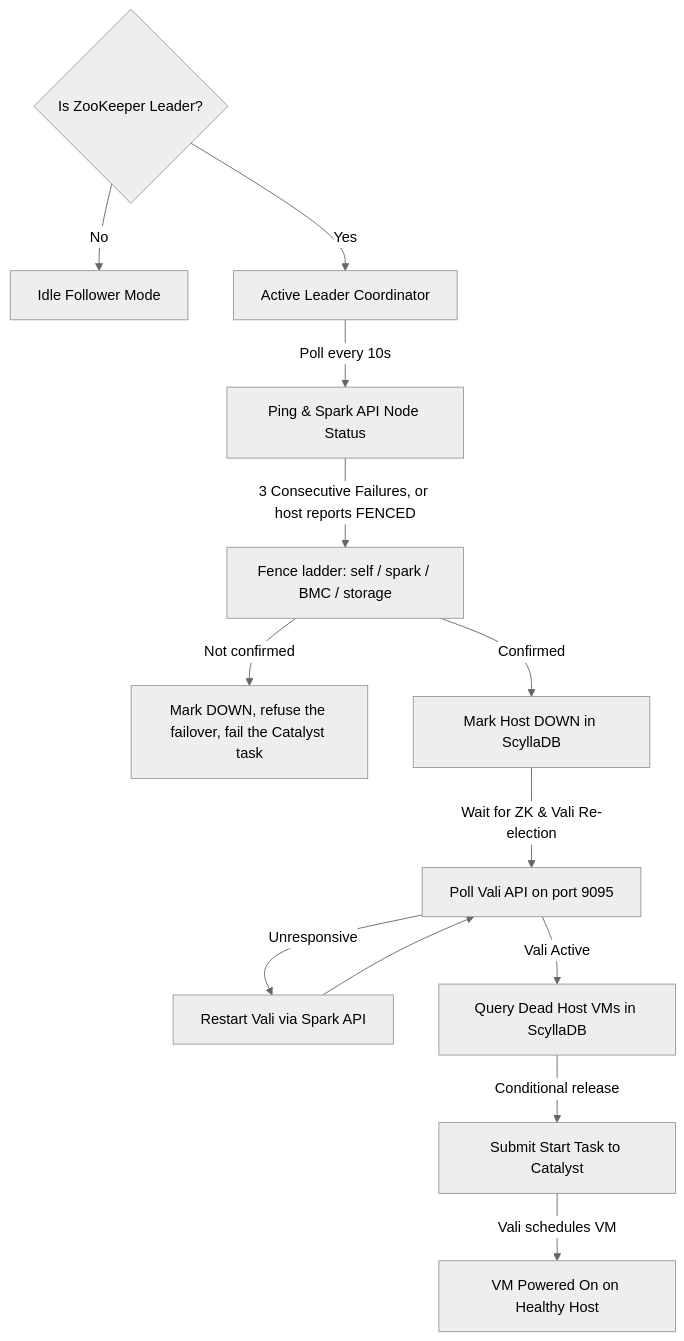
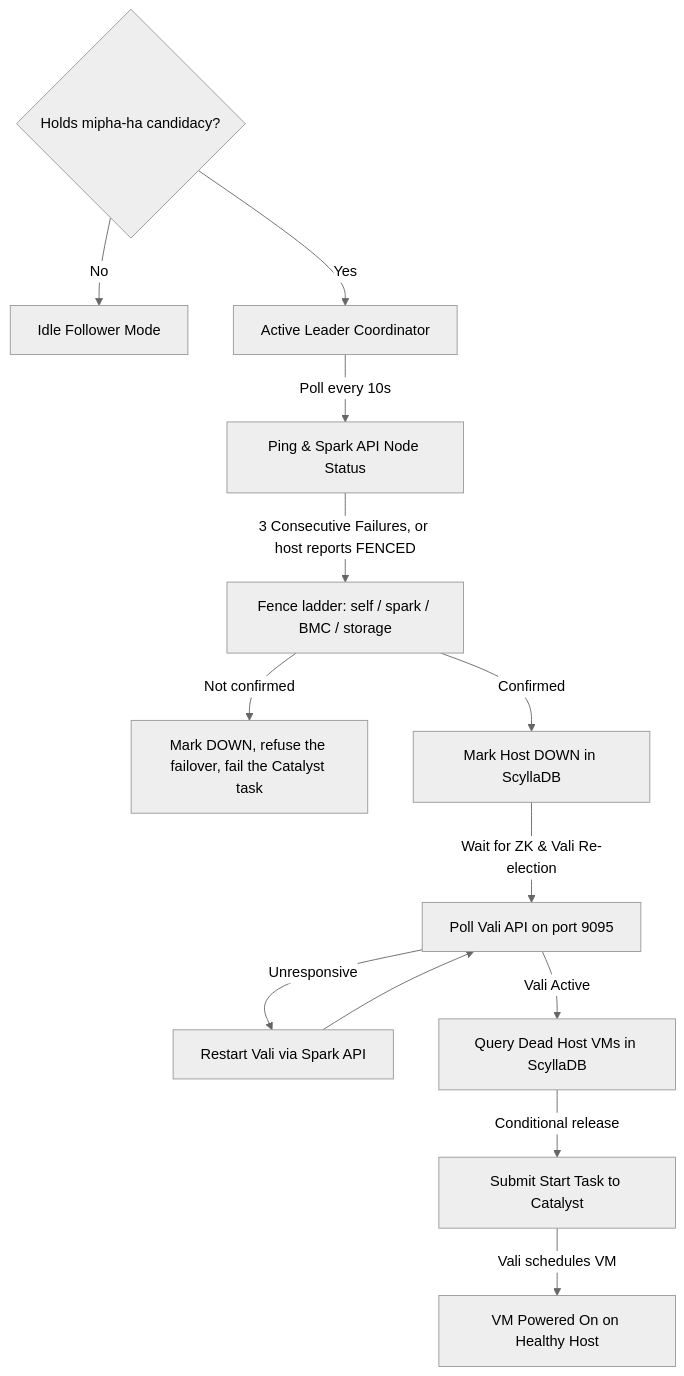
One commit to AuroraRyunix/Helios-HCI changed the diagram in docs/mipha.md. Above: the diagram before and after it, drawn with Mermaid (neutral theme). The commit also changed other lines of this file and 41 other files, not shown here.

````diff
--- a/docs/mipha.md
+++ b/docs/mipha.md
@@ -14,14 +16,14 @@
 ```mermaid
 graph TD
-    LeaderCheck{Is ZooKeeper Leader?} -->|No| Follower[Idle Follower Mode]
+    LeaderCheck{Holds mipha-ha candidacy?} -->|No| Follower[Idle Follower Mode]
     LeaderCheck -->|Yes| ActiveLeader[Active Leader Coordinator]
     ActiveLeader -->|Poll every 10s| HealthCheck[Ping & Spark API Node Status]
     HealthCheck -->|3 Consecutive Failures, or host reports FENCED| Fence[Fence ladder: self / spark / BMC / storage]
     Fence -->|Not confirmed| Refuse[Mark DOWN, refuse the failover, fail the Catalyst task]
     Fence -->|Confirmed| NodeDown[Mark Host DOWN in ScyllaDB]
     NodeDown -->|Wait for ZK & Vali Re-election| PollVali[Poll Vali API on port 9095]
     PollVali -->|Unresponsive| RestartVali[Restart Vali via Spark API] --> PollVali
     PollVali -->|Vali Active| FailoverVMs[Query Dead Host VMs in ScyllaDB]
     FailoverVMs -->|Conditional release| SubmitTasks[Submit Start Task to Catalyst]
     SubmitTasks -->|Vali schedules VM| BootVM[VM Powered On on Healthy Host]
 ```
````
